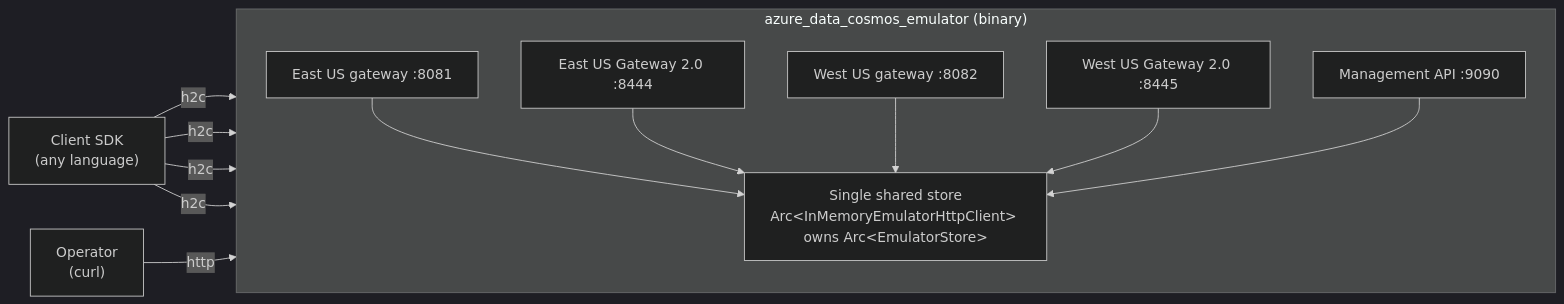
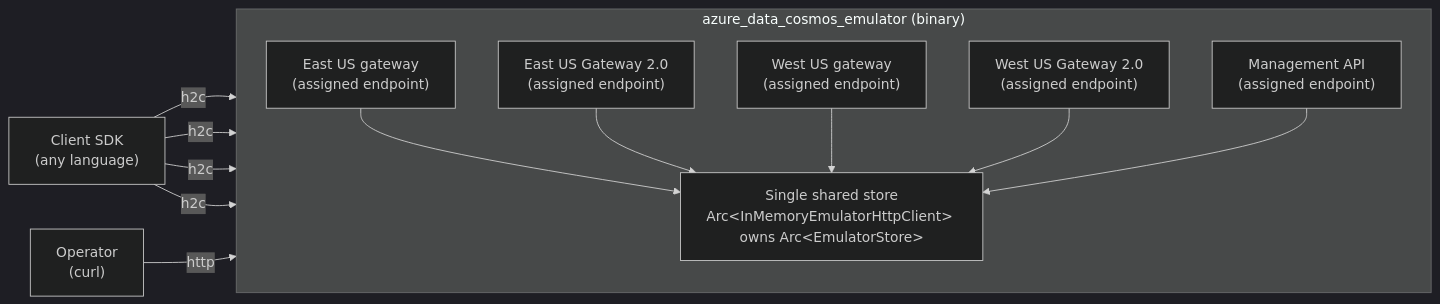
Before and after one commit to Azure/azure-sdk-for-rust: the diagram in sdk/cosmos/azure_data_cosmos_emulator/docs/plan.md, drawn with Mermaid (dark theme). The commit also changed other lines of this file and 4 other files, not shown here.

````diff
--- a/sdk/cosmos/azure_data_cosmos_emulator/docs/plan.md
+++ b/sdk/cosmos/azure_data_cosmos_emulator/docs/plan.md
@@ -81,26 +80,26 @@
 ```mermaid
 flowchart LR
     SDK["Client SDK<br/>(any language)"]
     OP["Operator<br/>(curl)"]
 
     subgraph HOST["azure_data_cosmos_emulator (binary)"]
         direction TB
-        EG["East US gateway :8081"]
-        ET["East US Gateway 2.0 :8444"]
-        WG["West US gateway :8082"]
-        WT["West US Gateway 2.0 :8445"]
-        MGMT["Management API :9090"]
+        EG["East US gateway<br/>(assigned endpoint)"]
+        ET["East US Gateway 2.0<br/>(assigned endpoint)"]
+        WG["West US gateway<br/>(assigned endpoint)"]
+        WT["West US Gateway 2.0<br/>(assigned endpoint)"]
+        MGMT["Management API<br/>(assigned endpoint)"]
         STORE["Single shared store<br/>Arc&lt;InMemoryEmulatorHttpClient&gt; owns Arc&lt;EmulatorStore&gt;"]
         EG --> STORE
         ET --> STORE
         WG --> STORE
         WT --> STORE
         MGMT --> STORE
     end
 
     SDK -- h2c --> EG
     SDK -- h2c --> ET
     SDK -- h2c --> WG
     SDK -- h2c --> WT
     OP -- http --> MGMT
 ```
````
